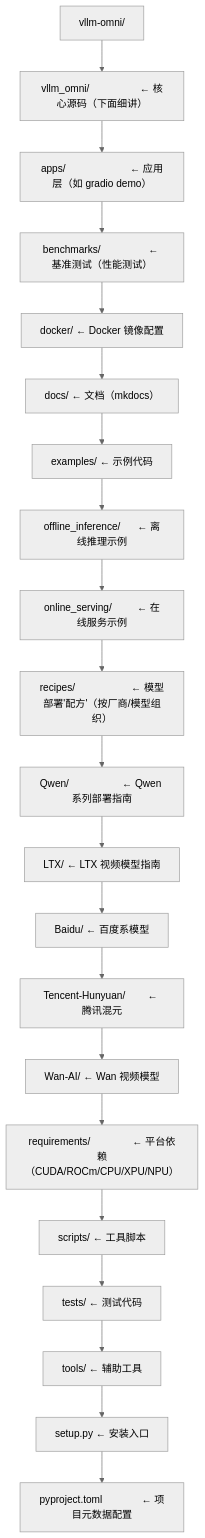
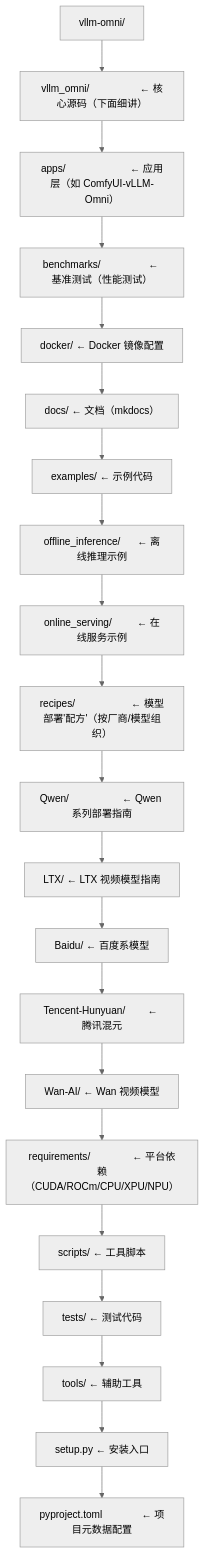
One commit to keyuanweb/ai-learning-path changed the first of 2 diagrams in vllm-omni-learning-path/01-项目总览与入口/02-项目结构.md. Above: the diagram before and after it, drawn with Mermaid (neutral theme). The commit also changed 176 other files, not shown here.

First line of the commit message:
docs: 全仓库文档校对修复——错别字/失效链接/Mermaid图/源码引用

````diff
--- a/vllm-omni-learning-path/01-项目总览与入口/02-项目结构.md
+++ b/vllm-omni-learning-path/01-项目总览与入口/02-项目结构.md
@@ -7,44 +7,44 @@
 ```mermaid
 flowchart TD
   n0["vllm-omni/"]
   n1["vllm_omni/                  ← 核心源码（下面细讲）"]
-  n2["apps/                       ← 应用层（如 gradio demo）"]
+  n2["apps/                       ← 应用层（如 ComfyUI-vLLM-Omni）"]
   n3["benchmarks/                 ← 基准测试（性能测试）"]
   n4["docker/                     ← Docker 镜像配置"]
   n5["docs/                       ← 文档（mkdocs）"]
   n6["examples/                   ← 示例代码"]
   n7["offline_inference/      ← 离线推理示例"]
   n8["online_serving/         ← 在线服务示例"]
   n9["recipes/                    ← 模型部署'配方'（按厂商/模型组织）"]
   n10["Qwen/                   ← Qwen 系列部署指南"]
   n11["LTX/                    ← LTX 视频模型指南"]
   n12["Baidu/                  ← 百度系模型"]
   n13["Tencent-Hunyuan/        ← 腾讯混元"]
   n14["Wan-AI/                 ← Wan 视频模型"]
   n15["requirements/               ← 平台依赖（CUDA/ROCm/CPU/XPU/NPU）"]
   n16["scripts/                    ← 工具脚本"]
   n17["tests/                      ← 测试代码"]
   n18["tools/                      ← 辅助工具"]
   n19["setup.py                    ← 安装入口"]
   n20["pyproject.toml              ← 项目元数据配置"]
   n0 --> n1
   n1 --> n2
   n2 --> n3
   n3 --> n4
   n4 --> n5
   n5 --> n6
   n6 --> n7
   n7 --> n8
   n8 --> n9
   n9 --> n10
   n10 --> n11
   n11 --> n12
   n12 --> n13
   n13 --> n14
   n14 --> n15
   n15 --> n16
   n16 --> n17
   n17 --> n18
   n18 --> n19
   n19 --> n20
 ```
````
